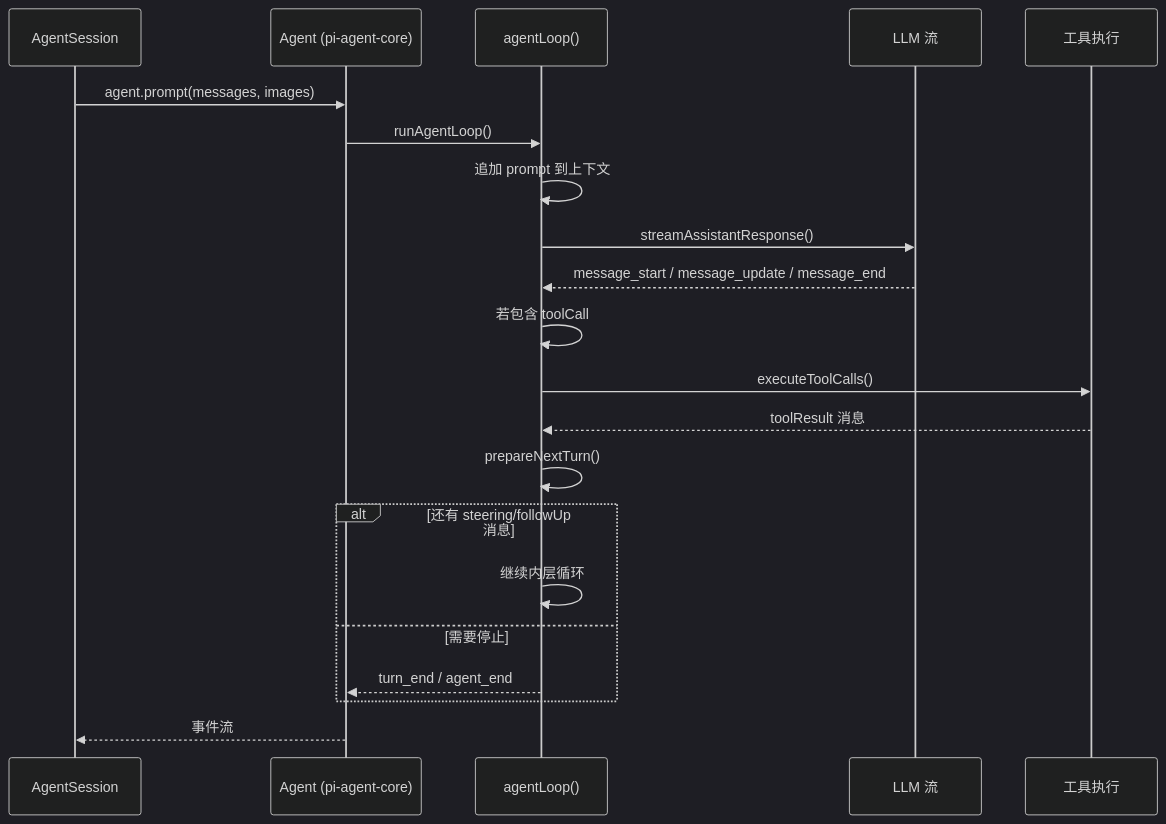
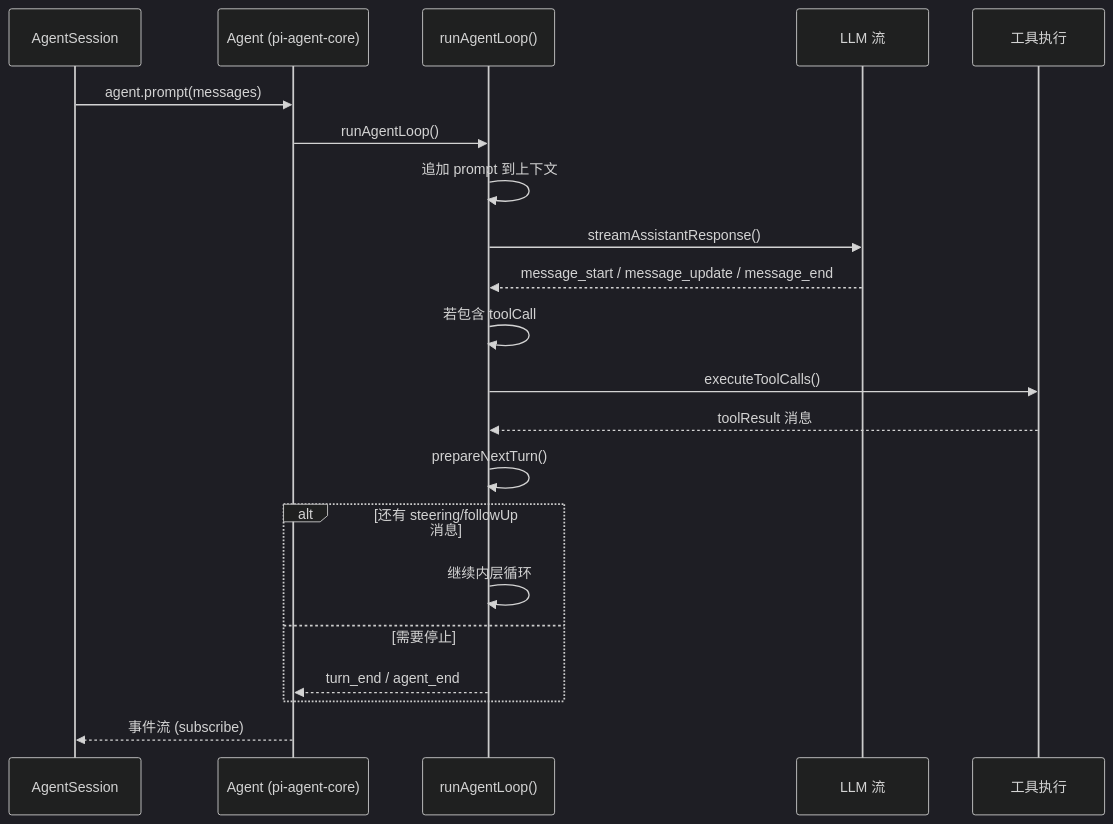
Before and after one commit to jefby/pi: the fourth of 7 diagrams in docs/architecture.md, drawn with Mermaid (dark theme). The commit also changed other lines of this file, not shown here.

Commit message:
docs(agent): update architecture.md - AgentSession/Agent/tools/compaction/interactive flow

````diff
--- a/docs/architecture.md
+++ b/docs/architecture.md
@@ -239,24 +240,24 @@
 ```mermaid
 sequenceDiagram
     participant Session as AgentSession
     participant Agent as Agent (pi-agent-core)
-    participant LoopRunner as agentLoop()
+    participant LoopRunner as runAgentLoop()
     participant LLM as LLM 流
     participant Tools as 工具执行
 
-    Session->>Agent: agent.prompt(messages, images)
+    Session->>Agent: agent.prompt(messages)
     Agent->>LoopRunner: runAgentLoop()
     LoopRunner->>LoopRunner: 追加 prompt 到上下文
     LoopRunner->>LLM: streamAssistantResponse()
     LLM-->>LoopRunner: message_start / message_update / message_end
     LoopRunner->>LoopRunner: 若包含 toolCall
     LoopRunner->>Tools: executeToolCalls()
     Tools-->>LoopRunner: toolResult 消息
     LoopRunner->>LoopRunner: prepareNextTurn()
     alt 还有 steering/followUp 消息
         LoopRunner->>LoopRunner: 继续内层循环
     else 需要停止
         LoopRunner-->>Agent: turn_end / agent_end
     end
-    Agent-->>Session: 事件流
+    Agent-->>Session: 事件流 (subscribe)
 ```
````
